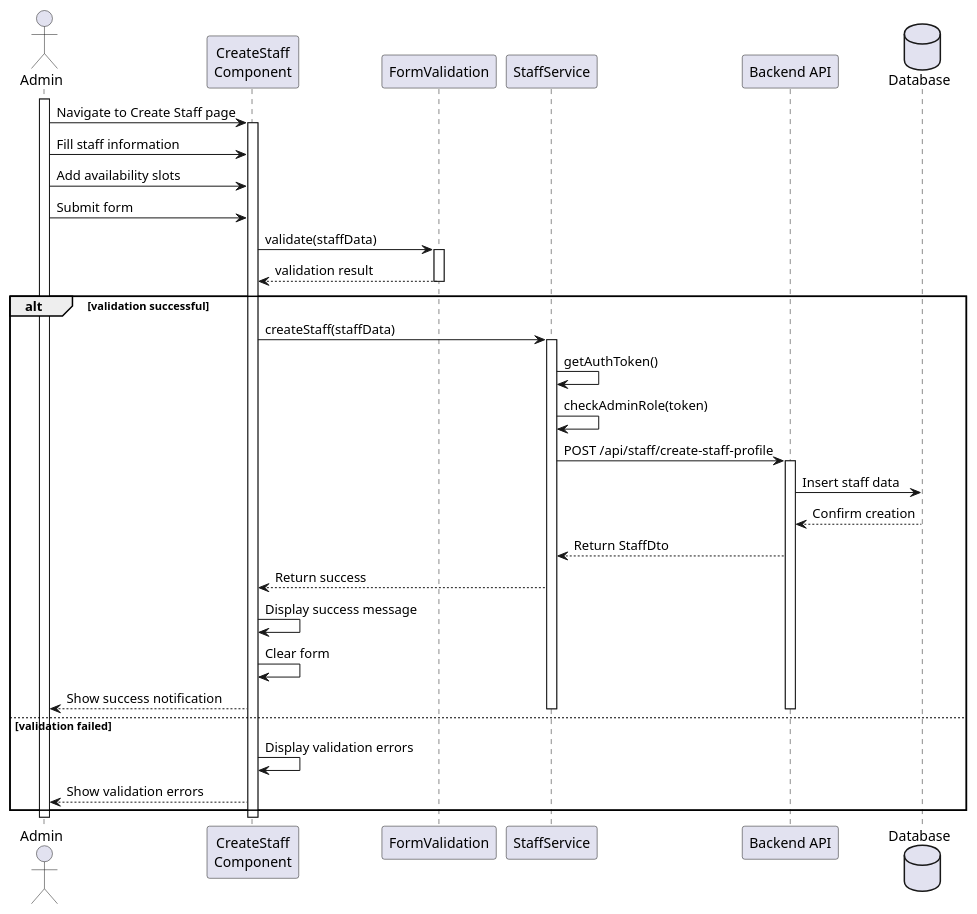
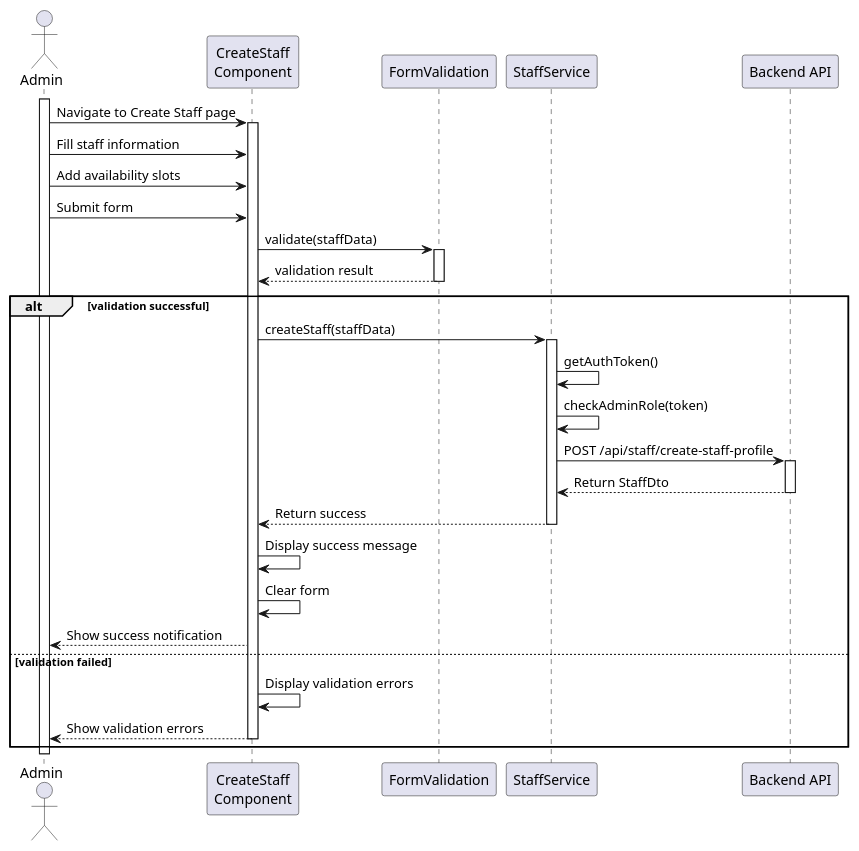
One commit to HugBar/3DC_G17 changed the diagram in docs/Sprint2/US 6.2.10/SD.puml. Above: the diagram before and after it, drawn with PlantUML. The commit also changed 12 other files, not shown here.

```diff
--- a/docs/Sprint2/US 6.2.10/SD.puml
+++ b/docs/Sprint2/US 6.2.10/SD.puml
@@ -1,47 +1,47 @@
 @startuml Create Staff UI Sequence Diagram
 
 actor Admin
 participant "CreateStaff\nComponent" as UI
 participant "FormValidation" as FV
 participant "StaffService" as SS
 participant "Backend API" as API
-database "Database" as DB
 
 activate Admin
 Admin -> UI: Navigate to Create Staff page
 activate UI
 
 Admin -> UI: Fill staff information
 Admin -> UI: Add availability slots
 Admin -> UI: Submit form
 
 UI -> FV: validate(staffData)
 activate FV
 FV --> UI: validation result
 deactivate FV
 
 alt validation successful
     UI -> SS: createStaff(staffData)
     activate SS
     SS -> SS: getAuthToken()
     SS -> SS: checkAdminRole(token)
     SS -> API: POST /api/staff/create-staff-profile
     activate API
-    API -> DB: Insert staff data
-    DB --> API: Confirm creation
     API --> SS: Return StaffDto
+    deactivate API
     SS --> UI: Return success
+    deactivate SS
     UI -> UI: Display success message
     UI -> UI: Clear form
     UI --> Admin: Show success notification
     deactivate SS
     deactivate API
 else validation failed
     UI -> UI: Display validation errors
     UI --> Admin: Show validation errors
+    deactivate UI
 end
 
 deactivate UI
 deactivate Admin
 
 @enduml
```
